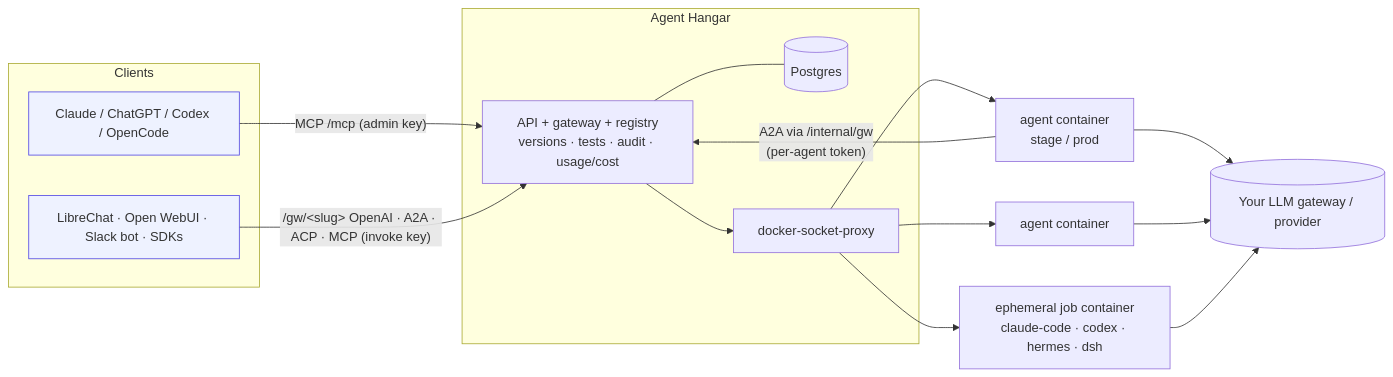
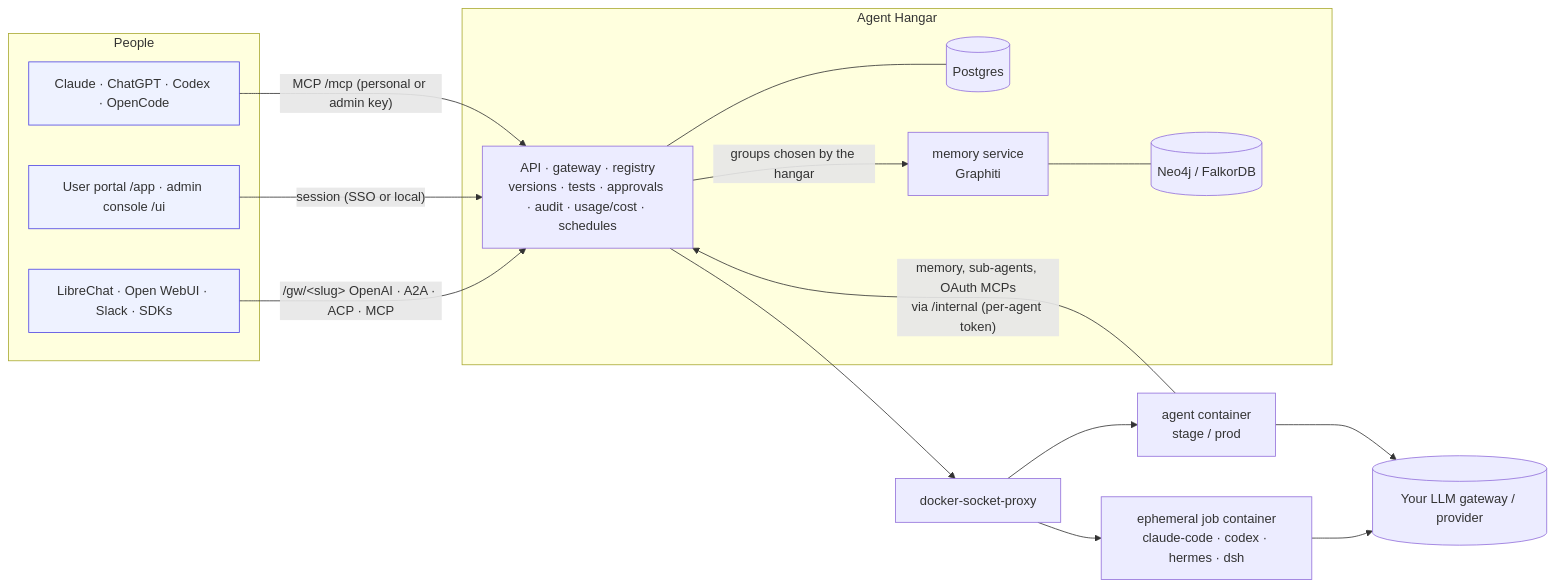
The diagram in README.md (valteresj2/agent-hangar), drawn with Mermaid before and after one commit. The commit also changed other lines of this file and 33 other files, not shown here.

First line of the commit message:
Release 0.7.0: user portal with an Início page, admin-only console, new README

````diff
--- a/README.md
+++ b/README.md
@@ -86,22 +174,25 @@
 ```mermaid
 flowchart LR
-  subgraph Clients
-    C1[Claude / ChatGPT / Codex / OpenCode]:::c
-    C2[LibreChat · Open WebUI · Slack bot · SDKs]:::c
+  subgraph People
+    B[Claude · ChatGPT · Codex · OpenCode]:::c
+    U[User portal /app · admin console /ui]:::c
+    T[LibreChat · Open WebUI · Slack · SDKs]:::c
   end
-  C1 -- "MCP /mcp (admin key)" --> H
-  C2 -- "/gw/&lt;slug&gt; OpenAI · A2A · ACP · MCP (invoke key)" --> H
+  B -- "MCP /mcp (personal or admin key)" --> H
+  U -- "session (SSO or local)" --> H
+  T -- "/gw/&lt;slug&gt; OpenAI · A2A · ACP · MCP" --> H
   subgraph Hangar[Agent Hangar]
-    H[API + gateway + registry<br/>versions · tests · audit · usage/cost]
+    H[API · gateway · registry<br/>versions · tests · approvals · audit · usage/cost · schedules]
     DB[(Postgres)]
-    P[docker-socket-proxy]
+    M[memory service<br/>Graphiti]
+    G[(Neo4j / FalkorDB)]
     H --- DB
-    H --> P
+    H -- "groups chosen by the hangar" --> M --- G
   end
+  H --> P[docker-socket-proxy]
   P --> A1[agent container<br/>stage / prod]
-  P --> A2[agent container]
   P --> J[ephemeral job container<br/>claude-code · codex · hermes · dsh]
-  A1 -- "A2A via /internal/gw<br/>(per-agent token)" --> H
-  A1 & A2 & J --> L[(Your LLM gateway / provider)]
+  A1 -- "memory, sub-agents, OAuth MCPs<br/>via /internal (per-agent token)" --> H
+  A1 & J --> L[(Your LLM gateway / provider)]
   classDef c fill:#eef2ff,stroke:#4f46e5
 ```
````
